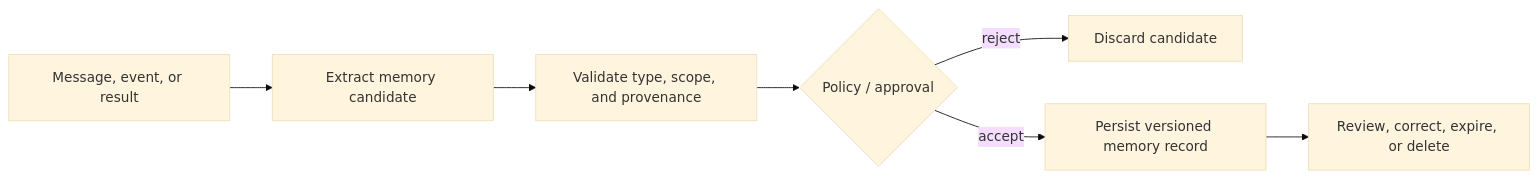
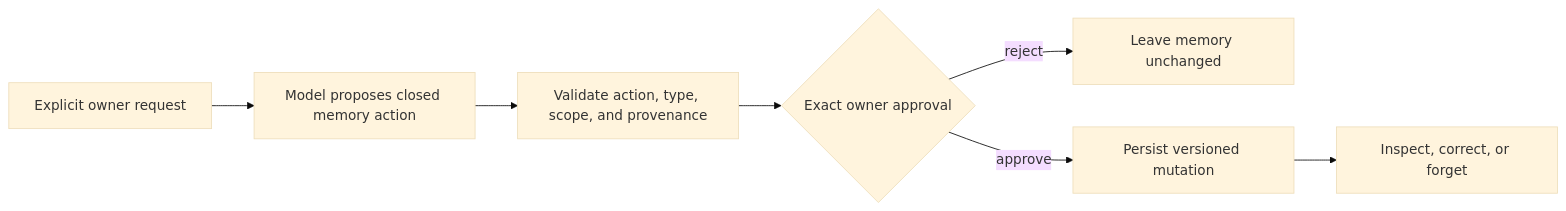
The fourth of 4 diagrams in docs/memory-and-context.md (4romgod/vera), drawn with Mermaid (base theme) before and after one commit. The commit also changed other lines of this file and 70 other files, not shown here.

````diff
--- a/docs/memory-and-context.md
+++ b/docs/memory-and-context.md
@@ -331,9 +351,9 @@
 ```mermaid
 flowchart LR
-    E["Message, event, or result"] --> X["Extract memory candidate"]
-    X --> V["Validate type, scope, and provenance"]
-    V --> P{"Policy / approval"}
-    P -->|"reject"| D["Discard candidate"]
-    P -->|"accept"| M["Persist versioned memory record"]
-    M --> R["Review, correct, expire, or delete"]
+    O["Explicit owner request"] --> X["Model proposes closed memory action"]
+    X --> V["Validate action, type, scope, and provenance"]
+    V --> P{"Exact owner approval"}
+    P -->|"reject"| D["Leave memory unchanged"]
+    P -->|"approve"| M["Persist versioned mutation"]
+    M --> R["Inspect, correct, or forget"]
 ```
````
